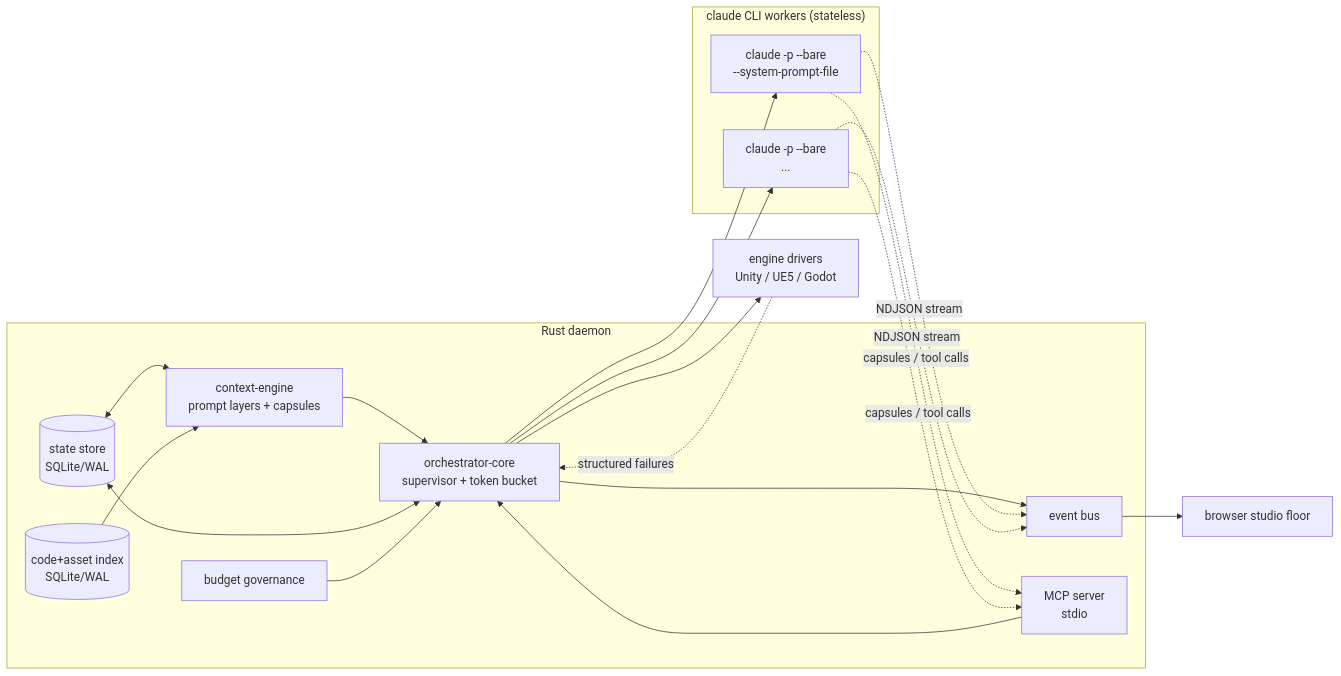
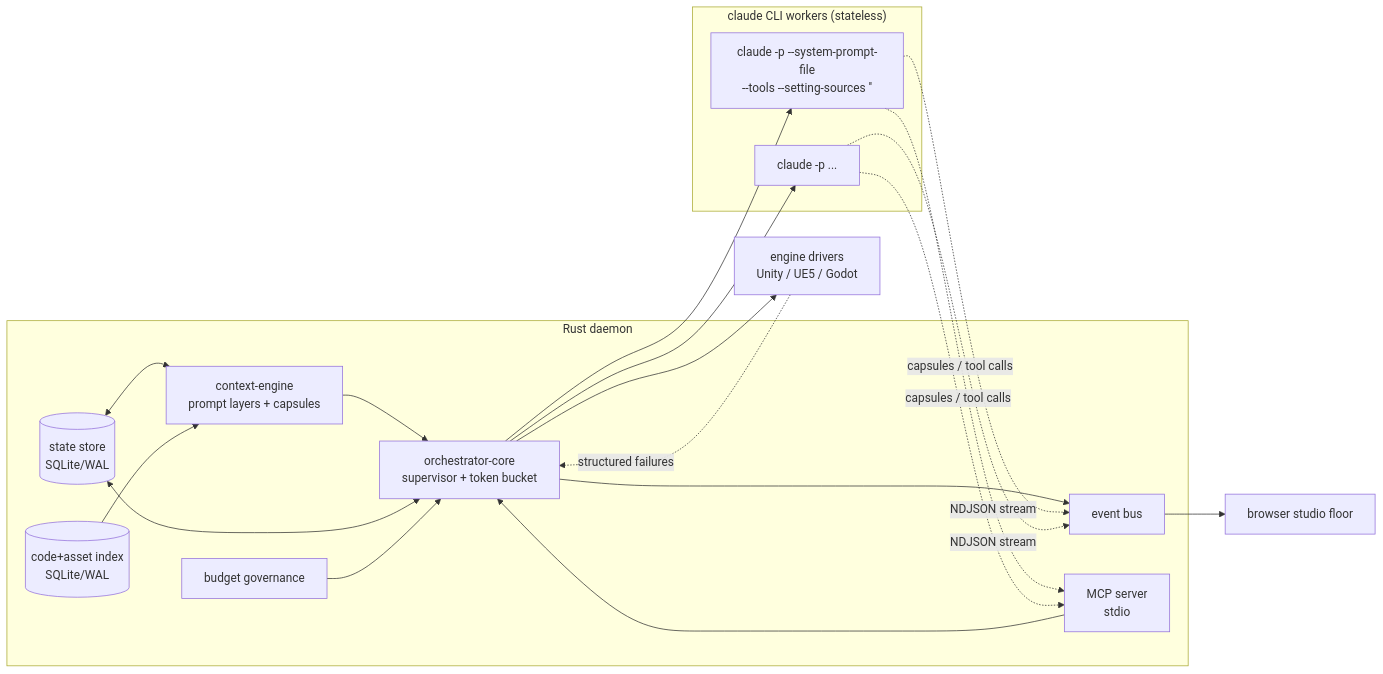
Before and after one commit to tugcantopaloglu/game-studio-crew: the diagram in docs/design/00-overview.md, drawn with Mermaid. The commit also changed other lines of this file and 14 other files, not shown here.

````diff
--- a/docs/design/00-overview.md
+++ b/docs/design/00-overview.md
@@ -33,31 +33,31 @@
 ```mermaid
 graph LR
   subgraph Daemon["Rust daemon"]
     ORCH[orchestrator-core<br/>supervisor + token bucket]
     CTX[context-engine<br/>prompt layers + capsules]
     STATE[(state store<br/>SQLite/WAL)]
     IDX[(code+asset index<br/>SQLite/WAL)]
     BUD[budget governance]
     EVT[event bus]
     MCP[MCP server<br/>stdio]
   end
   subgraph Workers["claude CLI workers (stateless)"]
-    W1["claude -p --bare<br/>--system-prompt-file"]
-    W2["claude -p --bare<br/>..."]
+    W1["claude -p --system-prompt-file<br/>--tools --setting-sources ''"]
+    W2["claude -p ..."]
   end
   ENG[engine drivers<br/>Unity / UE5 / Godot]
   UI[browser studio floor]
 
   ORCH --> W1 & W2
   CTX --> ORCH
   STATE <--> ORCH
   STATE <--> CTX
   IDX --> CTX
   BUD --> ORCH
   W1 & W2 -. capsules / tool calls .-> MCP
   MCP --> ORCH
   ORCH --> ENG
   ENG -. structured failures .-> ORCH
   ORCH --> EVT --> UI
   W1 & W2 -. NDJSON stream .-> EVT
 ```
````
